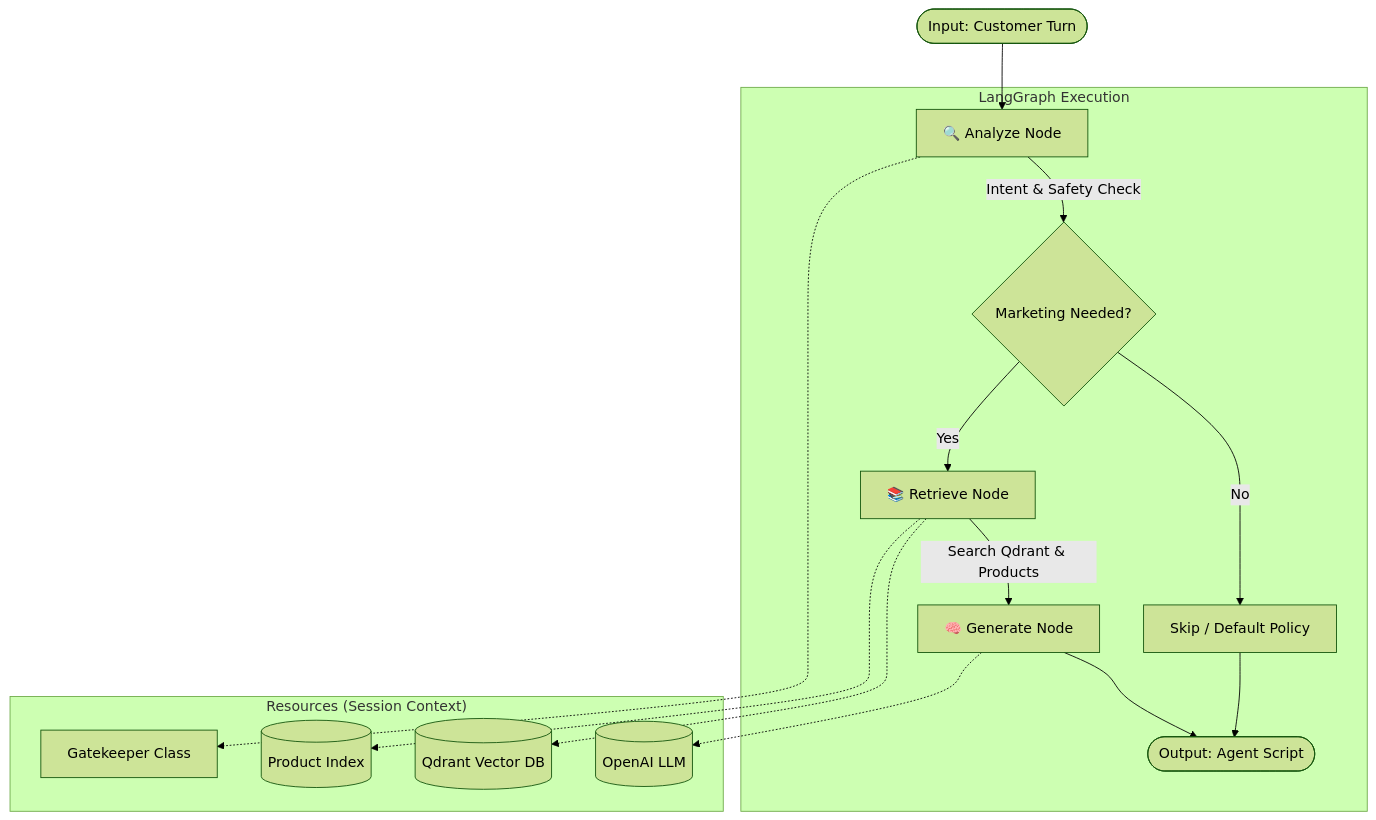
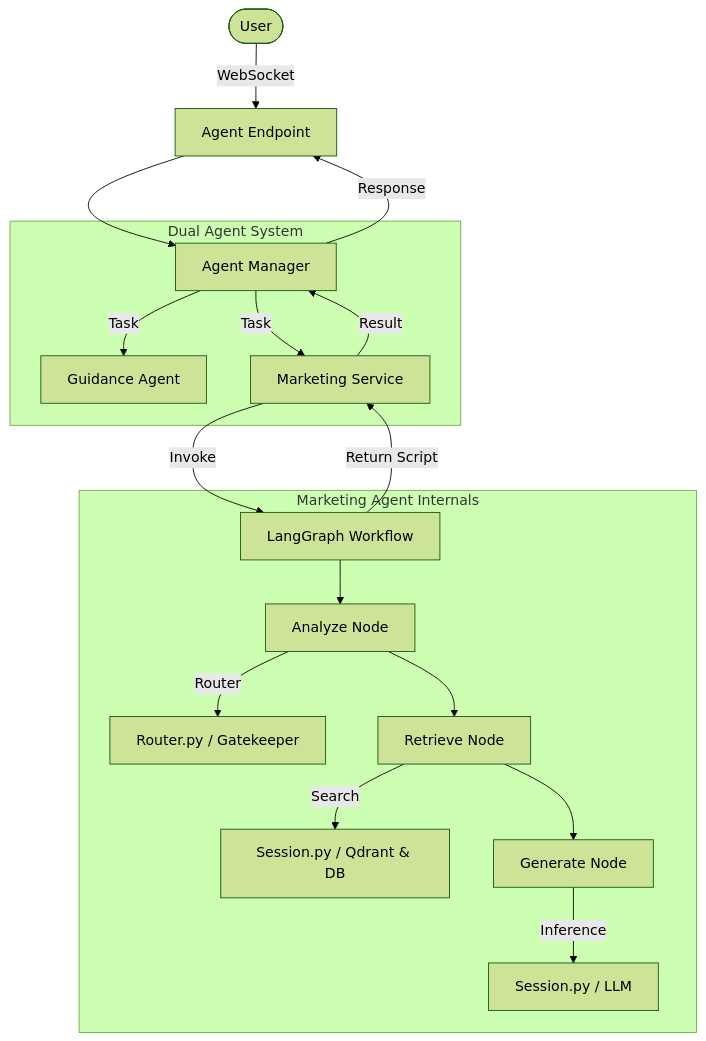
One commit to twelevegg/fastapi changed the diagram in marketing_agent_architecture.md. Above: the diagram before and after it, drawn with Mermaid (forest theme). The commit also changed other lines of this file and 3 other files, not shown here.

````diff
--- a/marketing_agent_architecture.md
+++ b/marketing_agent_architecture.md
@@ -15,23 +88,27 @@
 ```mermaid
 graph TD
-    Start([Input: Customer Turn]) --> Analyze
+    User([User]) -->|WebSocket| API[Agent Endpoint]
+    API --> Manager[Agent Manager]
     
-    subgraph "LangGraph Execution"
-        Analyze[🔍 Analyze Node] -->|Intent & Safety Check| Router{Marketing Needed?}
-        
-        Router -- No --> Skip[Skip / Default Policy]
-        Router -- Yes --> Retrieve[📚 Retrieve Node]
-        
-        Retrieve -->|Search Qdrant & Products| Generate[🧠 Generate Node]
-        
-        Generate --> End([Output: Agent Script])
-        Skip --> End
+    subgraph "Dual Agent System"
+        Manager -->|Task| Guidance[Guidance Agent]
+        Manager -->|Task| Marketing[Marketing Service]
     end
     
-    subgraph "Resources (Session Context)"
-        Analyze -.-> Gatekeeper[Gatekeeper Class]
-        Retrieve -.-> Qdrant[(Qdrant Vector DB)]
-        Retrieve -.-> ProductDB[(Product Index)]
-        Generate -.-> LLM[(OpenAI LLM)]
+    subgraph "Marketing Agent Internals"
+        Marketing -->|Invoke| Graph[LangGraph Workflow]
+        
+        Graph --> Node1[Analyze Node]
+        Node1 -->|Router| Helper1[Router.py / Gatekeeper]
+        
+        Node1 --> Node2[Retrieve Node]
+        Node2 -->|Search| Helper2[Session.py / Qdrant & DB]
+        
+        Node2 --> Node3[Generate Node]
+        Node3 -->|Inference| Helper3[Session.py / LLM]
     end
+    
+    Graph -->|Return Script| Marketing
+    Marketing -->|Result| Manager
+    Manager -->|Response| API
 ```
````
